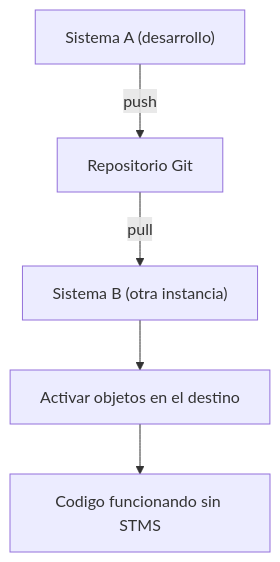
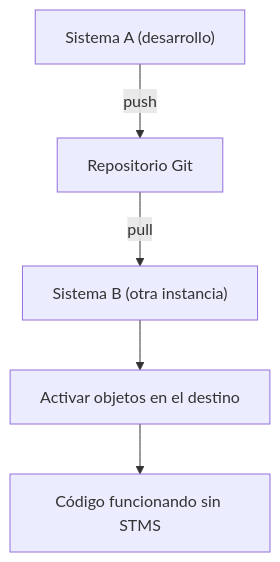
One commit to logalitech/blog-content changed the diagram in es/git-transportar-entre-sistemas-sin-stms.mdx. Above: the diagram before and after it, drawn with Mermaid. The commit also changed other lines of this file and 49 other files, not shown here.

````diff
--- a/es/git-transportar-entre-sistemas-sin-stms.mdx
+++ b/es/git-transportar-entre-sistemas-sin-stms.mdx
@@ -19,7 +19,7 @@
 ```mermaid
 flowchart TD
  ORIG["Sistema A (desarrollo)"] -->|"push"| REPO["Repositorio Git"]
  REPO -->|"pull"| DEST["Sistema B (otra instancia)"]
  DEST --> ACT["Activar objetos en el destino"]
- ACT --> LISTO["Codigo funcionando sin STMS"]
+ ACT --> LISTO["Código funcionando sin STMS"]
 ```
````
